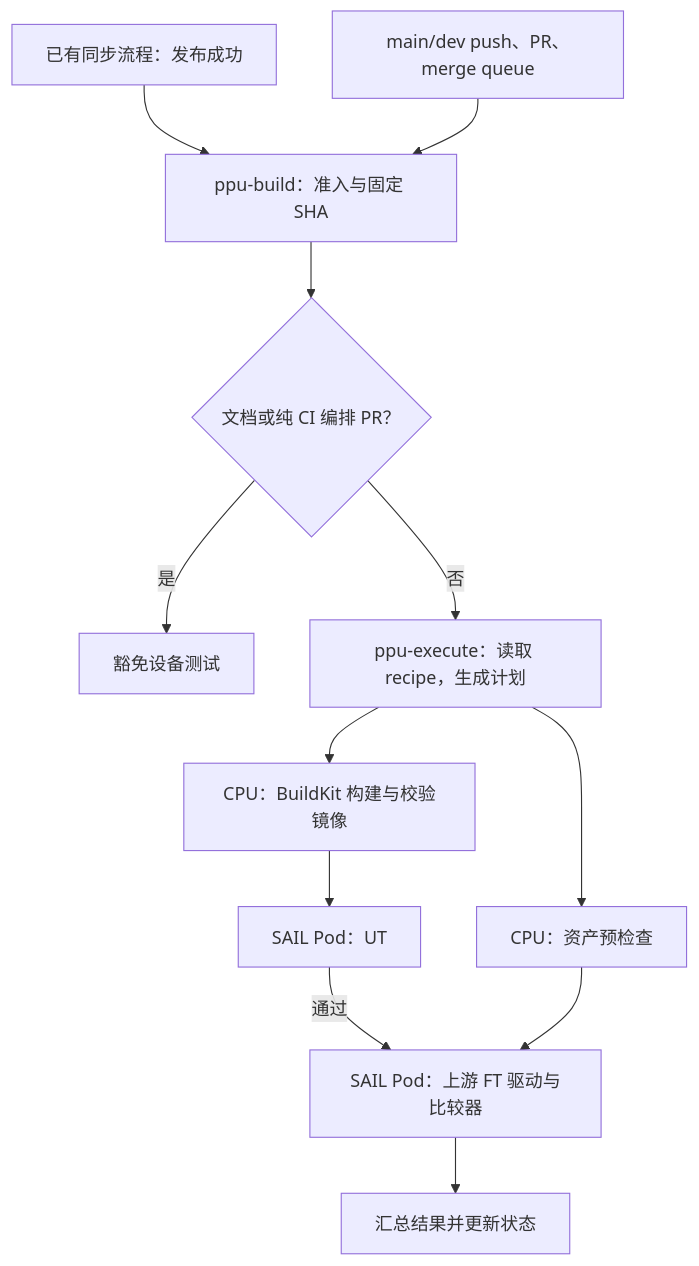
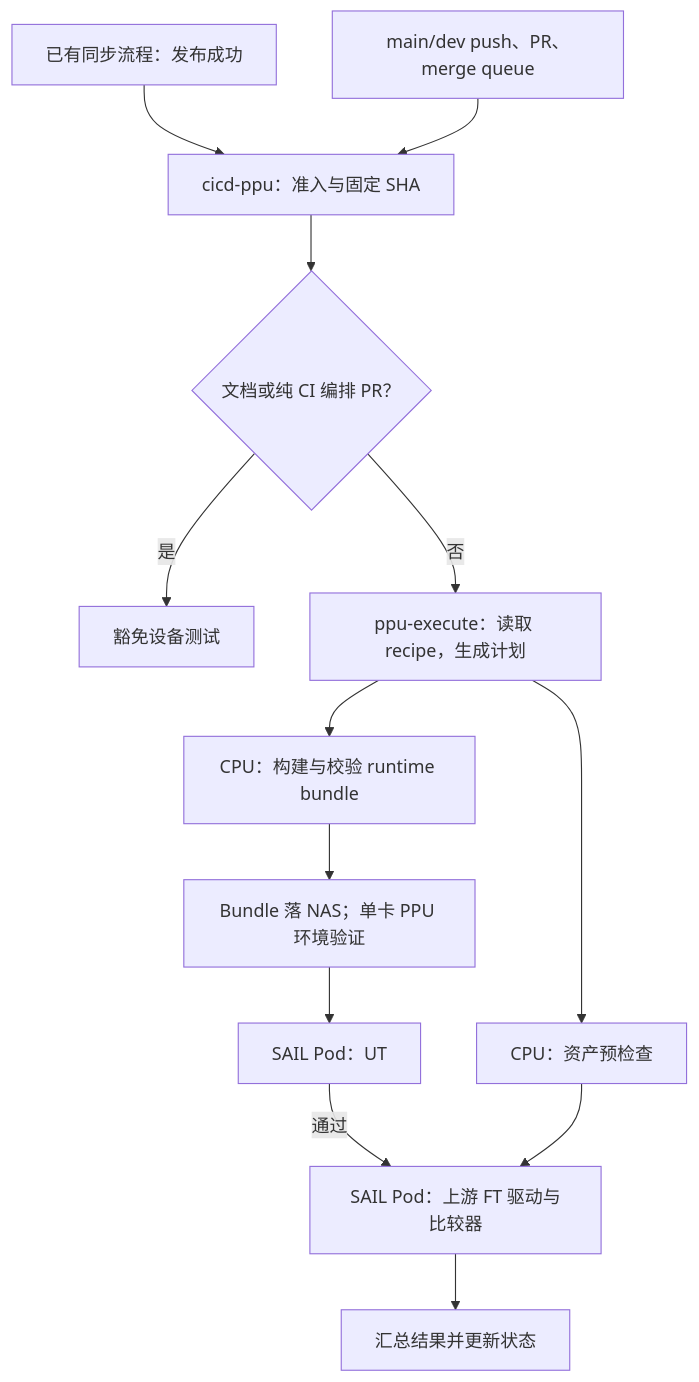
The second of 2 diagrams in docs/developer/ppu-ci.md (flytiger-eco/Megatron-LM-for-sail), drawn with Mermaid before and after one commit. The commit also changed other lines of this file, not shown here.

Commit message:
docs: explain SAIL PPU CI and golden naming bilingually

````diff
--- a/docs/developer/ppu-ci.md
+++ b/docs/developer/ppu-ci.md
@@ -8,14 +193,15 @@
 ```mermaid
 flowchart TD
-    S[已有同步流程：发布成功] --> A[ppu-build：准入与固定 SHA]
+    S[已有同步流程：发布成功] --> A[cicd-ppu：准入与固定 SHA]
     P[main/dev push、PR、merge queue] --> A
     A --> Q{文档或纯 CI 编排 PR？}
     Q -->|是| X[豁免设备测试]
     Q -->|否| C[ppu-execute：读取 recipe，生成计划]
     C --> D[CPU：资产预检查]
-    C --> E[CPU：BuildKit 构建与校验镜像]
-    E --> U[SAIL Pod：UT]
+    C --> E[CPU：构建与校验 runtime bundle]
+    E --> B[Bundle 落 NAS；单卡 PPU 环境验证]
+    B --> U[SAIL Pod：UT]
     U -->|通过| F[SAIL Pod：上游 FT 驱动与比较器]
     D --> F
     F --> R[汇总结果并更新状态]
 ```
````
